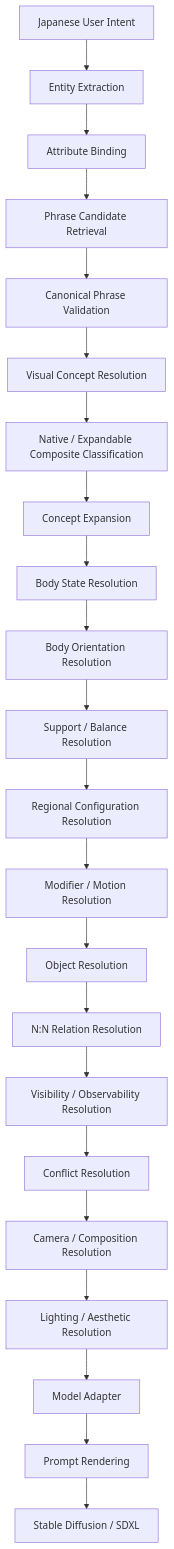
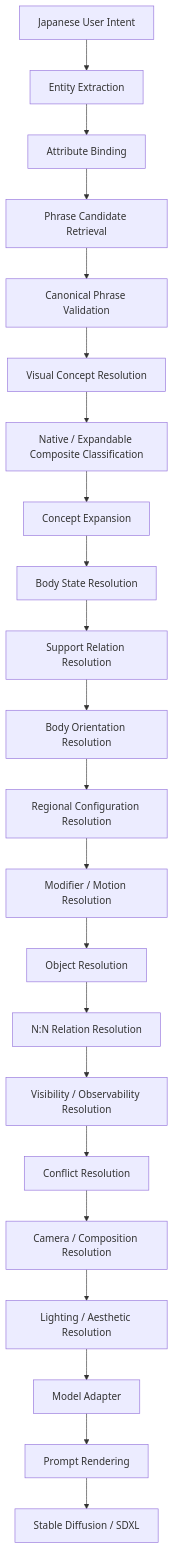
Before and after one commit to whatrune/sd-prompt-studio: the second of 3 diagrams in docs/architecture/Visual_Concept_Compiler.md, drawn with Mermaid. The commit also changed other lines of this file and 2 other files, not shown here.

Commit message:
Align resolver and schema documentation

````diff
--- a/docs/architecture/Visual_Concept_Compiler.md
+++ b/docs/architecture/Visual_Concept_Compiler.md
@@ -36,24 +36,24 @@
 ```mermaid
 flowchart TD
     A["Japanese User Intent"] --> B["Entity Extraction"]
     B --> C["Attribute Binding"]
     C --> D["Phrase Candidate Retrieval"]
     D --> E["Canonical Phrase Validation"]
     E --> F["Visual Concept Resolution"]
     F --> G["Native / Expandable Composite Classification"]
     G --> H["Concept Expansion"]
     H --> I["Body State Resolution"]
-    I --> J["Body Orientation Resolution"]
-    J --> K["Support / Balance Resolution"]
+    I --> J["Support Relation Resolution"]
+    J --> K["Body Orientation Resolution"]
     K --> L["Regional Configuration Resolution"]
     L --> M["Modifier / Motion Resolution"]
     M --> N["Object Resolution"]
     N --> O["N:N Relation Resolution"]
     O --> P["Visibility / Observability Resolution"]
     P --> Q["Conflict Resolution"]
     Q --> R["Camera / Composition Resolution"]
     R --> S["Lighting / Aesthetic Resolution"]
     S --> T["Model Adapter"]
     T --> U["Prompt Rendering"]
     U --> V["Stable Diffusion / SDXL"]
 ```
````
